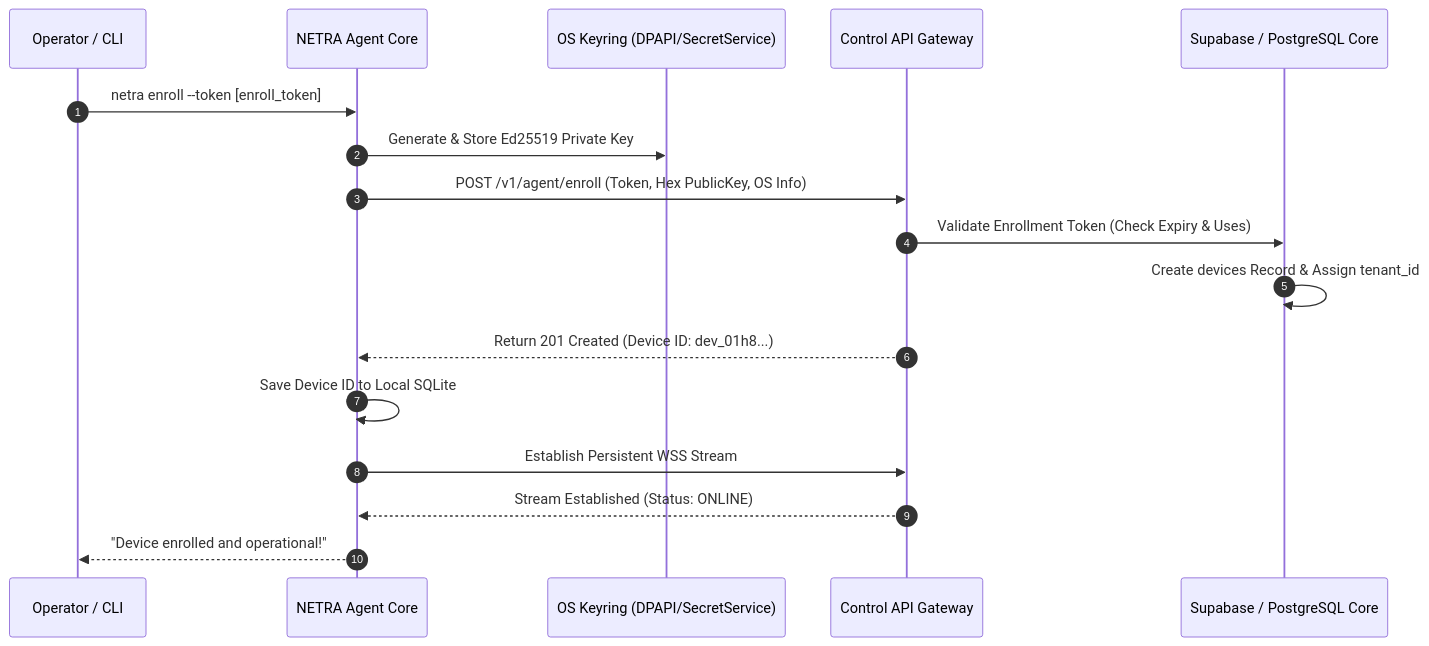
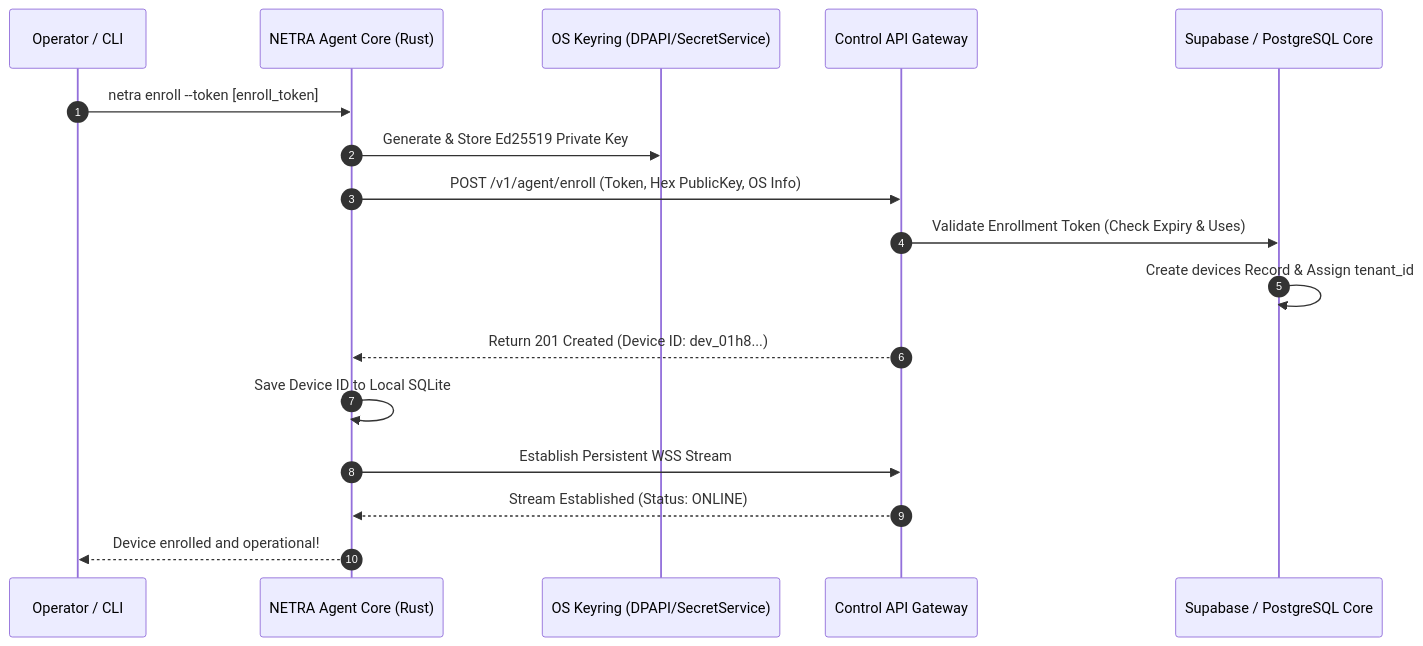
One commit to Subhadip-Paul2006/NETRA-Backend changed diagram 12 of 13 in docs/SYSTEM_DESIGN.md. Above: the diagram before and after it, drawn with Mermaid. The commit also changed other lines of this file and 13 other files, not shown here.

Commit message:
docs: finalize Rust-first systems architecture lock across all 16 specifications

````diff
--- a/docs/SYSTEM_DESIGN.md
+++ b/docs/SYSTEM_DESIGN.md
@@ -395,20 +406,20 @@
 ```mermaid
 sequenceDiagram
     autonumber
     participant CLI as Operator / CLI
-    participant Agent as NETRA Agent Core
+    participant Agent as NETRA Agent Core (Rust)
     participant Keyring as OS Keyring (DPAPI/SecretService)
     participant Gateway as Control API Gateway
     participant Supabase as Supabase / PostgreSQL Core
 
     CLI->>Agent: netra enroll --token [enroll_token]
     Agent->>Keyring: Generate & Store Ed25519 Private Key
     Agent->>Gateway: POST /v1/agent/enroll (Token, Hex PublicKey, OS Info)
     Gateway->>Supabase: Validate Enrollment Token (Check Expiry & Uses)
     Supabase->>Supabase: Create devices Record & Assign tenant_id
     Gateway-->>Agent: Return 201 Created (Device ID: dev_01h8...)
     Agent->>Agent: Save Device ID to Local SQLite
     Agent->>Gateway: Establish Persistent WSS Stream
     Gateway-->>Agent: Stream Established (Status: ONLINE)
-    Agent-->>CLI: "Device enrolled and operational!"
+    Agent-->>CLI: Device enrolled and operational!
 ```
````
